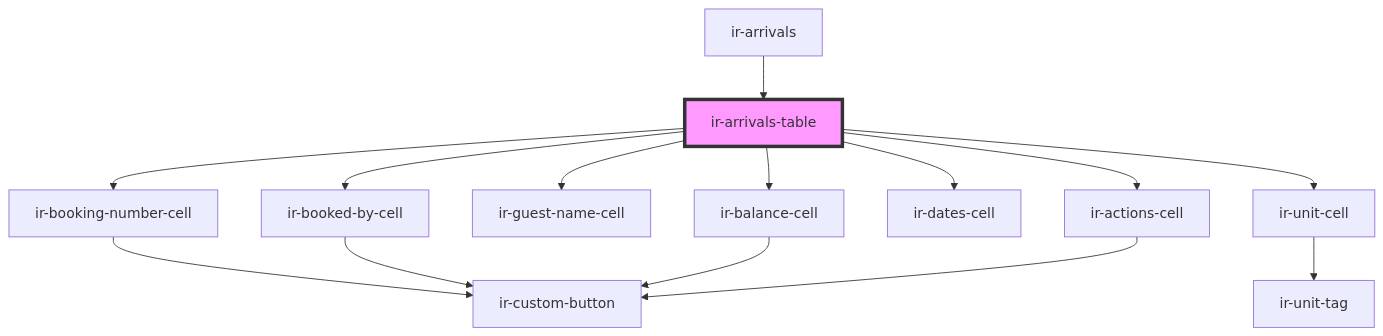
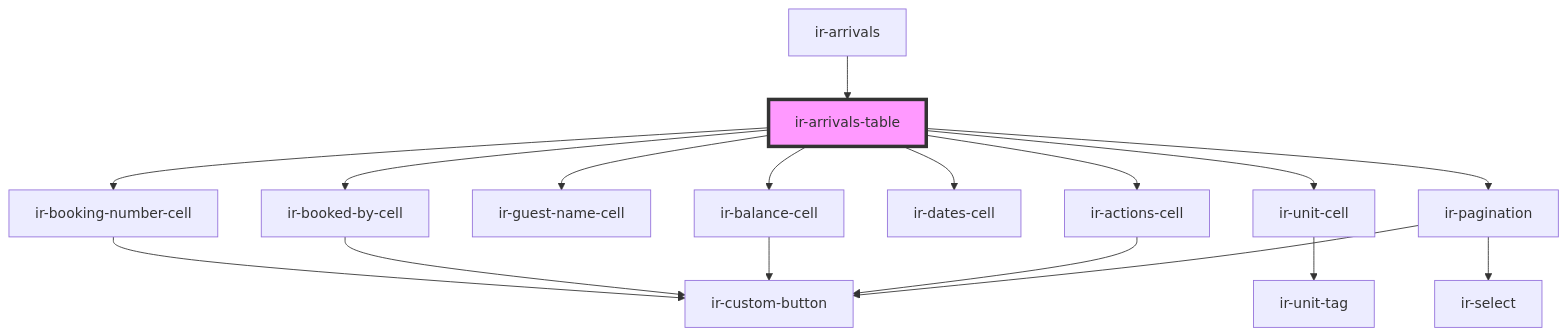
The diagram in src/components/ir-arrivals/ir-arrivals-table/readme.md (David1Chowaifaty/modified-ir-webcmp), drawn with Mermaid before and after one commit. The commit also changed other lines of this file and 36 other files, not shown here.

First line of the commit message:
Refactor arrivals components and enhance pagination functionality

````diff
--- a/src/components/ir-arrivals/ir-arrivals-table/readme.md
+++ b/src/components/ir-arrivals/ir-arrivals-table/readme.md
@@ -25,17 +34,20 @@
 ```mermaid
 graph TD;
   ir-arrivals-table --> ir-booking-number-cell
   ir-arrivals-table --> ir-booked-by-cell
   ir-arrivals-table --> ir-guest-name-cell
   ir-arrivals-table --> ir-unit-cell
   ir-arrivals-table --> ir-dates-cell
   ir-arrivals-table --> ir-balance-cell
   ir-arrivals-table --> ir-actions-cell
+  ir-arrivals-table --> ir-pagination
   ir-booking-number-cell --> ir-custom-button
   ir-booked-by-cell --> ir-custom-button
   ir-unit-cell --> ir-unit-tag
   ir-balance-cell --> ir-custom-button
   ir-actions-cell --> ir-custom-button
+  ir-pagination --> ir-select
+  ir-pagination --> ir-custom-button
   ir-arrivals --> ir-arrivals-table
   style ir-arrivals-table fill:#f9f,stroke:#333,stroke-width:4px
 ```
````
